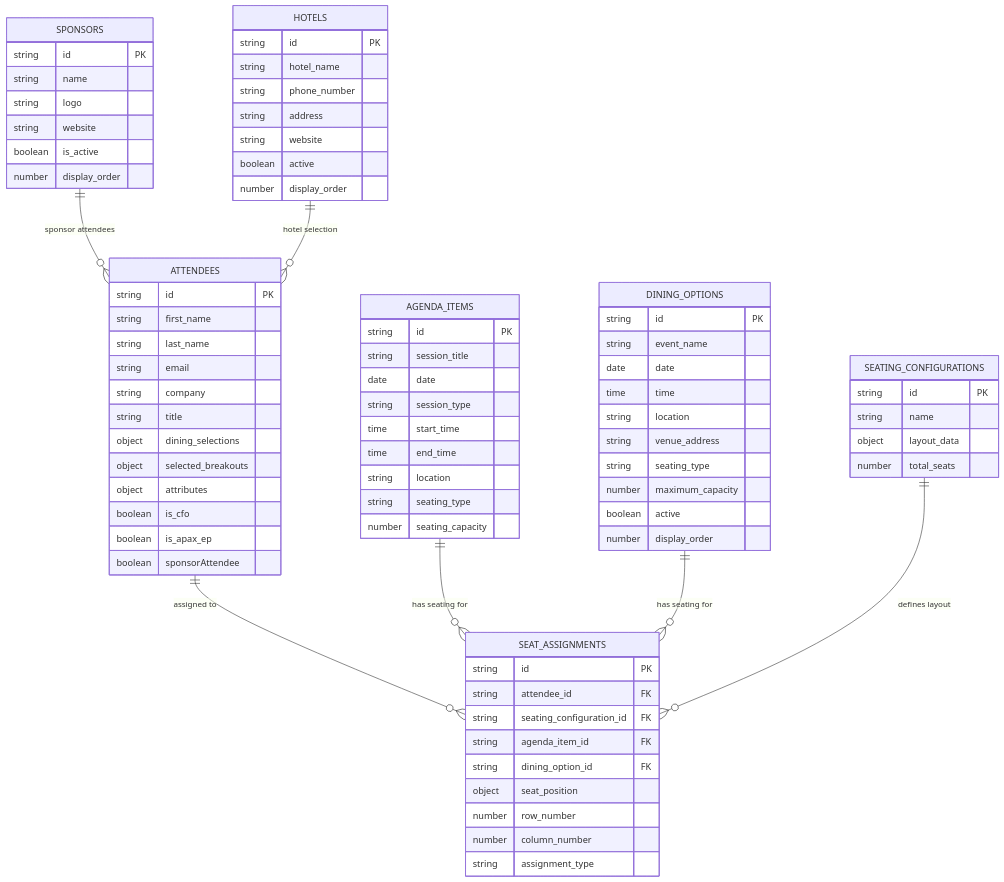
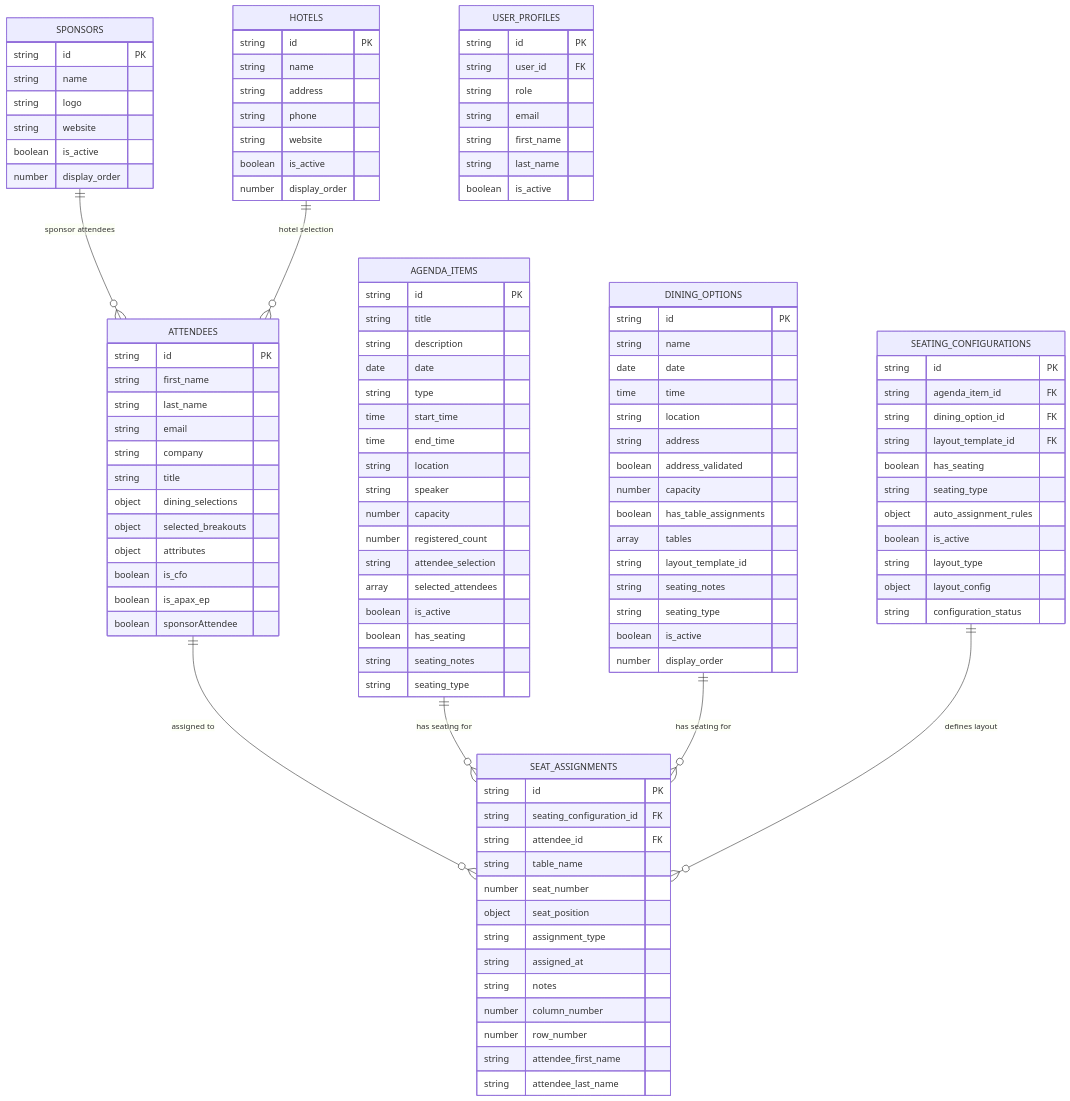
The diagram in docs/architecture/entity-relationships-analysis.md (niozzo/KN-React-App), drawn with Mermaid before and after one commit. The commit also changed 4 other files, not shown here.

````diff
--- a/docs/architecture/entity-relationships-analysis.md
+++ b/docs/architecture/entity-relationships-analysis.md
@@ -36,46 +36,70 @@
     
     AGENDA_ITEMS {
         string id PK
-        string session_title
+        string title
+        string description
         date date
-        string session_type
+        string type
         time start_time
         time end_time
         string location
+        string speaker
+        number capacity
+        number registered_count
+        string attendee_selection
+        array selected_attendees
+        boolean is_active
+        boolean has_seating
+        string seating_notes
         string seating_type
-        number seating_capacity
     }
     
     DINING_OPTIONS {
         string id PK
-        string event_name
+        string name
         date date
         time time
         string location
-        string venue_address
+        string address
+        boolean address_validated
+        number capacity
+        boolean has_table_assignments
+        array tables
+        string layout_template_id
+        string seating_notes
         string seating_type
-        number maximum_capacity
-        boolean active
+        boolean is_active
         number display_order
     }
     
     SEAT_ASSIGNMENTS {
         string id PK
+        string seating_configuration_id FK
         string attendee_id FK
-        string seating_configuration_id FK
-        string agenda_item_id FK
-        string dining_option_id FK
+        string table_name
+        number seat_number
         object seat_position
+        string assignment_type
+        string assigned_at
+        string notes
+        number column_number
         number row_number
-        number column_number
-        string assignment_type
+        string attendee_first_name
+        string attendee_last_name
     }
     
     SEATING_CONFIGURATIONS {
         string id PK
-        string name
-        object layout_data
-        number total_seats
+        string agenda_item_id FK
+        string dining_option_id FK
+        string layout_template_id FK
+        boolean has_seating
+        string seating_type
+        object auto_assignment_rules
+        boolean is_active
+        string layout_type
+        object layout_config
+        string configuration_status
     }
     
     SPONSORS {
@@ -89,11 +113,21 @@
     
     HOTELS {
         string id PK
-        string hotel_name
-        string phone_number
+        string name
         string address
+        string phone
         string website
-        boolean active
+        boolean is_active
         number display_order
     }
+    
+    USER_PROFILES {
+        string id PK
+        string user_id FK
+        string role
+        string email
+        string first_name
+        string last_name
+        boolean is_active
+    }
 ```
````
